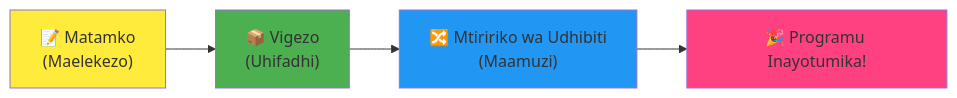
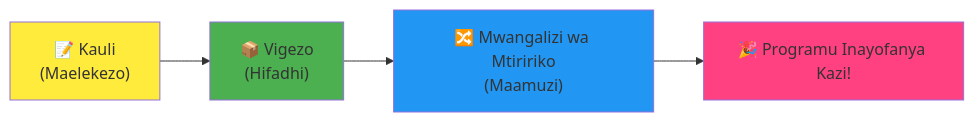
Before and after one commit to microsoft/Web-Dev-For-Beginners: the fourth of 7 diagrams in translations/sw/1-getting-started-lessons/1-intro-to-programming-languages/README.md, drawn with Mermaid. The commit also changed other lines of this file and 8 other files, not shown here.

````diff
--- a/translations/sw/1-getting-started-lessons/1-intro-to-programming-languages/README.md
+++ b/translations/sw/1-getting-started-lessons/1-intro-to-programming-languages/README.md
@@ -466,9 +466,9 @@
 ```mermaid
 flowchart LR
-    A["📝 Matamko<br/>(Maelekezo)"] --> B["📦 Vigezo<br/>(Uhifadhi)"] --> C["🔀 Mtiririko wa Udhibiti<br/>(Maamuzi)"] --> D["🎉 Programu Inayotumika!"]
+    A["📝 Kauli<br/>(Maelekezo)"] --> B["📦 Vigezo<br/>(Hifadhi)"] --> C["🔀 Mwangalizi wa Mtiririko<br/>(Maamuzi)"] --> D["🎉 Programu Inayofanya Kazi!"]
     
     style A fill:#ffeb3b
     style B fill:#4caf50
     style C fill:#2196f3
     style D fill:#ff4081
 ```
````
